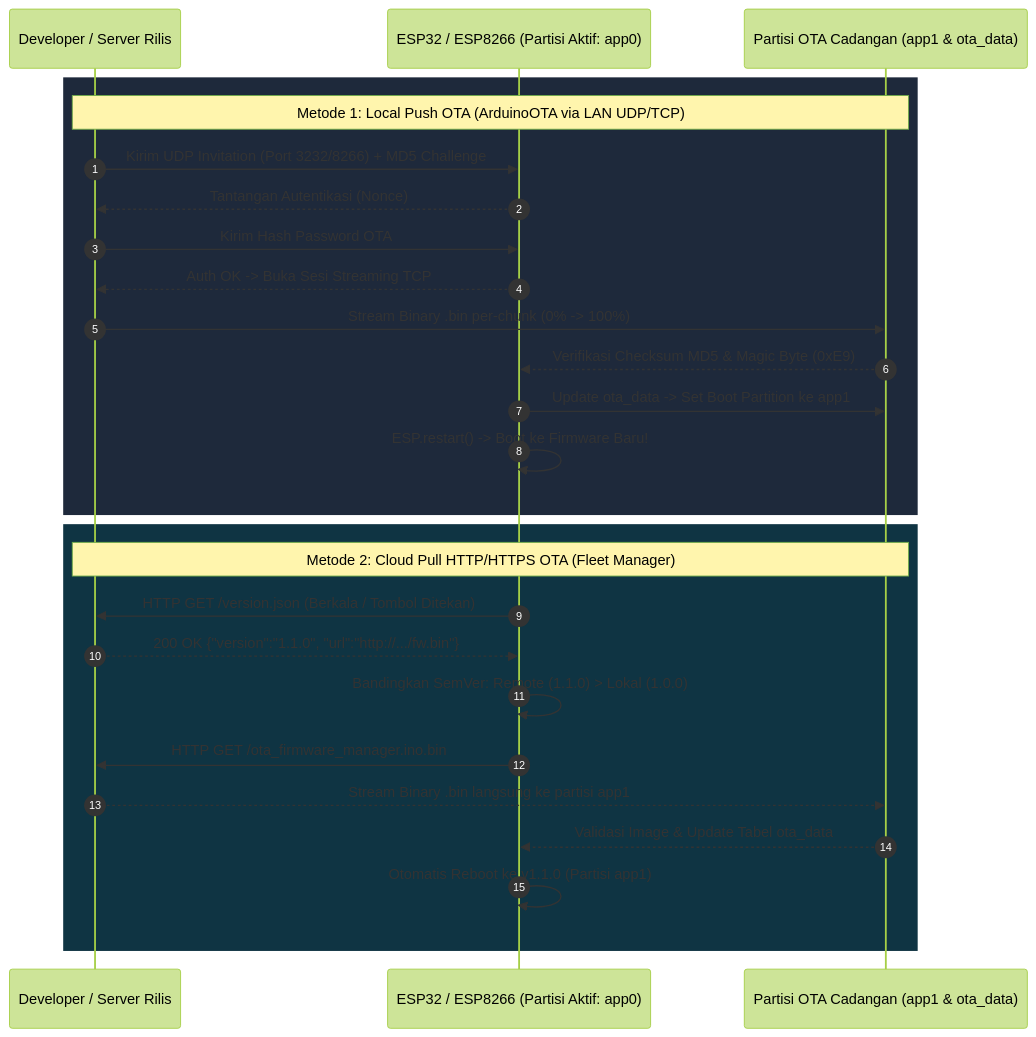
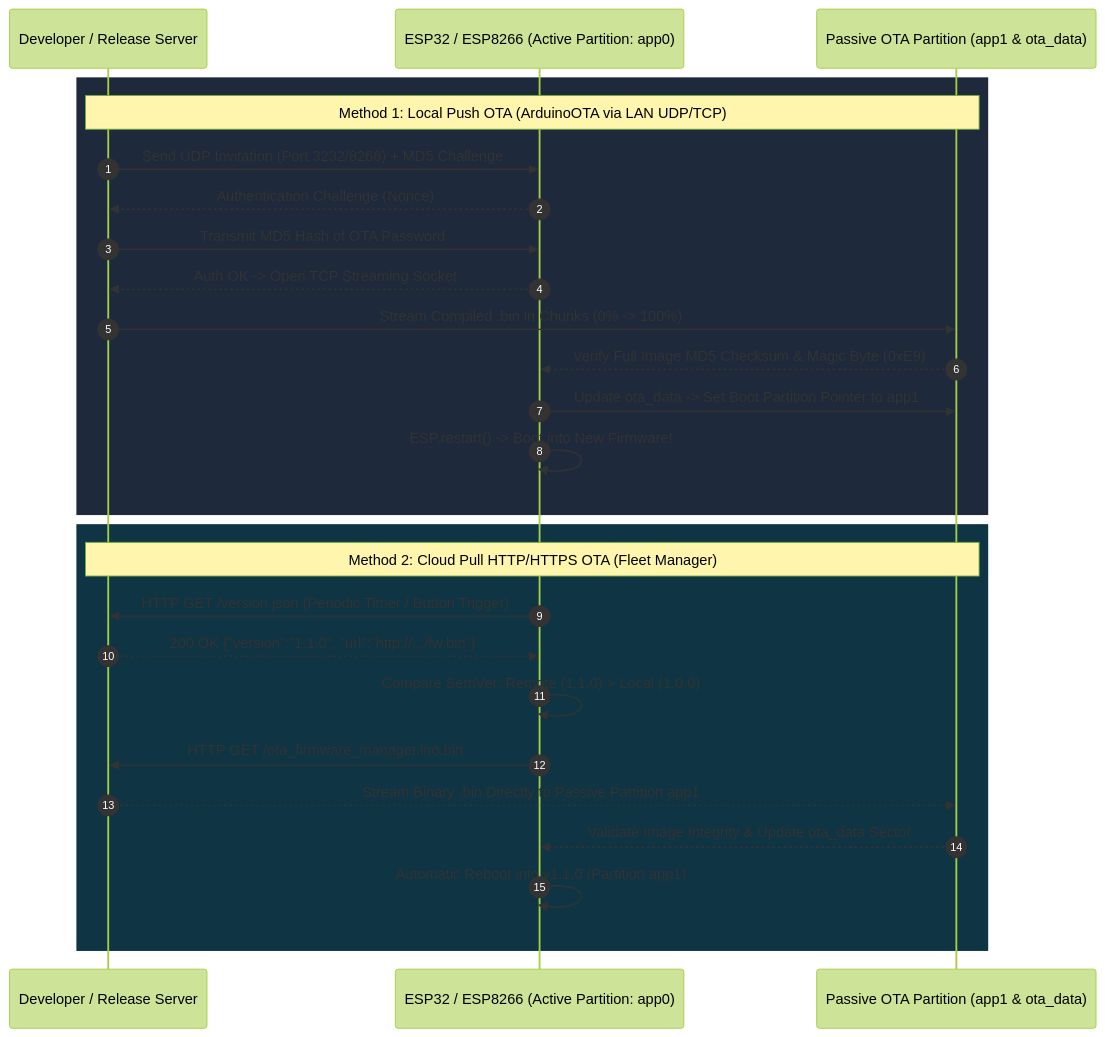
One commit to kenzojulian111/microcontroller-iot-journey changed the first of 2 diagrams in 07-ota-firmware-manager/schematics/wiring-guide.md. Above: the diagram before and after it, drawn with Mermaid (forest theme). The commit also changed other lines of this file and 150 other files, not shown here.

````diff
--- a/07-ota-firmware-manager/schematics/wiring-guide.md
+++ b/07-ota-firmware-manager/schematics/wiring-guide.md
@@ -23,30 +23,30 @@
 ```mermaid
 sequenceDiagram
     autonumber
-    participant Dev as Developer / Server Rilis
-    participant Node as ESP32 / ESP8266 (Partisi Aktif: app0)
-    participant Flash as Partisi OTA Cadangan (app1 & ota_data)
+    participant Dev as Developer / Release Server
+    participant Node as ESP32 / ESP8266 (Active Partition: app0)
+    participant Flash as Passive OTA Partition (app1 & ota_data)
 
     rect rgb(30, 41, 59)
-    Note over Dev,Flash: Metode 1: Local Push OTA (ArduinoOTA via LAN UDP/TCP)
-    Dev->>Node: Kirim UDP Invitation (Port 3232/8266) + MD5 Challenge
-    Node-->>Dev: Tantangan Autentikasi (Nonce)
-    Dev->>Node: Kirim Hash Password OTA
-    Node-->>Dev: Auth OK -> Buka Sesi Streaming TCP
-    Dev->>Flash: Stream Binary .bin per-chunk (0% -> 100%)
-    Flash-->>Node: Verifikasi Checksum MD5 & Magic Byte (0xE9)
-    Node->>Flash: Update ota_data -> Set Boot Partition ke app1
-    Node->>Node: ESP.restart() -> Boot ke Firmware Baru!
+    Note over Dev,Flash: Method 1: Local Push OTA (ArduinoOTA via LAN UDP/TCP)
+    Dev->>Node: Send UDP Invitation (Port 3232/8266) + MD5 Challenge
+    Node-->>Dev: Authentication Challenge (Nonce)
+    Dev->>Node: Transmit MD5 Hash of OTA Password
+    Node-->>Dev: Auth OK -> Open TCP Streaming Socket
+    Dev->>Flash: Stream Compiled .bin in Chunks (0% -> 100%)
+    Flash-->>Node: Verify Full Image MD5 Checksum & Magic Byte (0xE9)
+    Node->>Flash: Update ota_data -> Set Boot Partition Pointer to app1
+    Node->>Node: ESP.restart() -> Boot into New Firmware!
     end
 
     rect rgb(15, 52, 67)
-    Note over Dev,Flash: Metode 2: Cloud Pull HTTP/HTTPS OTA (Fleet Manager)
-    Node->>Dev: HTTP GET /version.json (Berkala / Tombol Ditekan)
+    Note over Dev,Flash: Method 2: Cloud Pull HTTP/HTTPS OTA (Fleet Manager)
+    Node->>Dev: HTTP GET /version.json (Periodic Timer / Button Trigger)
     Dev-->>Node: 200 OK {"version":"1.1.0", "url":"http://.../fw.bin"}
-    Node->>Node: Bandingkan SemVer: Remote (1.1.0) > Lokal (1.0.0)
+    Node->>Node: Compare SemVer: Remote (1.1.0) > Local (1.0.0)
     Node->>Dev: HTTP GET /ota_firmware_manager.ino.bin
-    Dev-->>Flash: Stream Binary .bin langsung ke partisi app1
-    Flash-->>Node: Validasi Image & Update Tabel ota_data
-    Node->>Node: Otomatis Reboot ke v1.1.0 (Partisi app1)
+    Dev-->>Flash: Stream Binary .bin Directly to Passive Partition app1
+    Flash-->>Node: Validate Image Integrity & Update ota_data Sector
+    Node->>Node: Automatic Reboot into v1.1.0 (Partition app1)
     end
 ```
````
